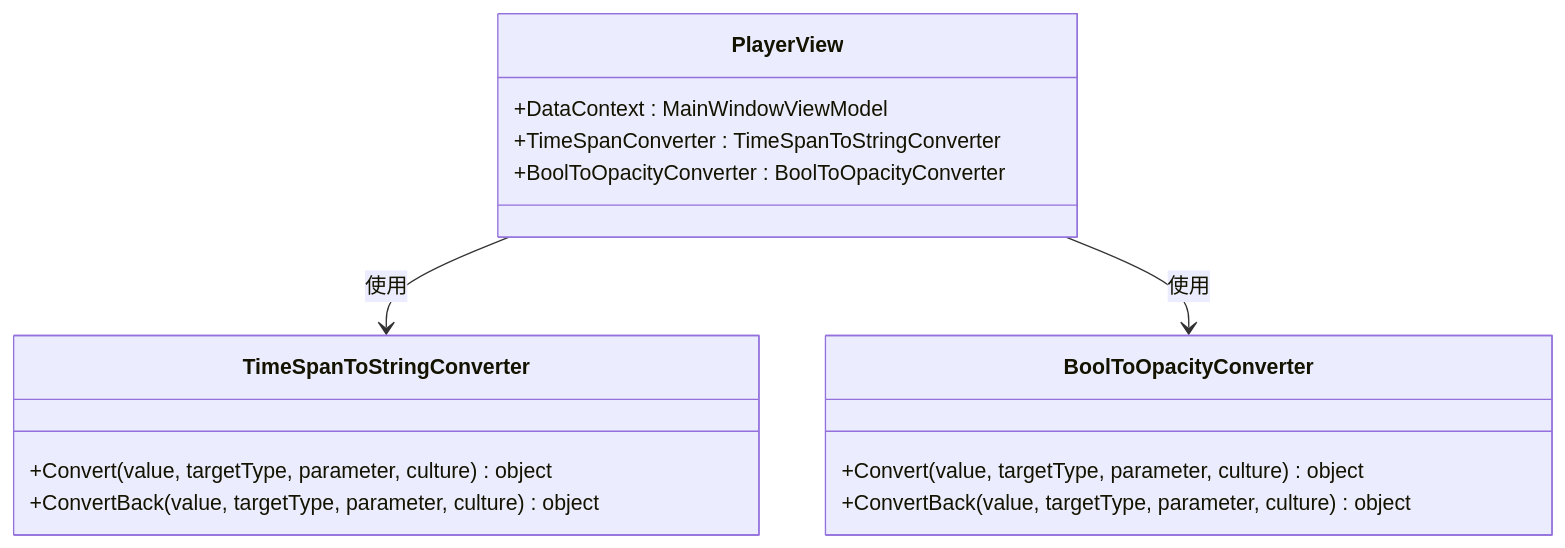
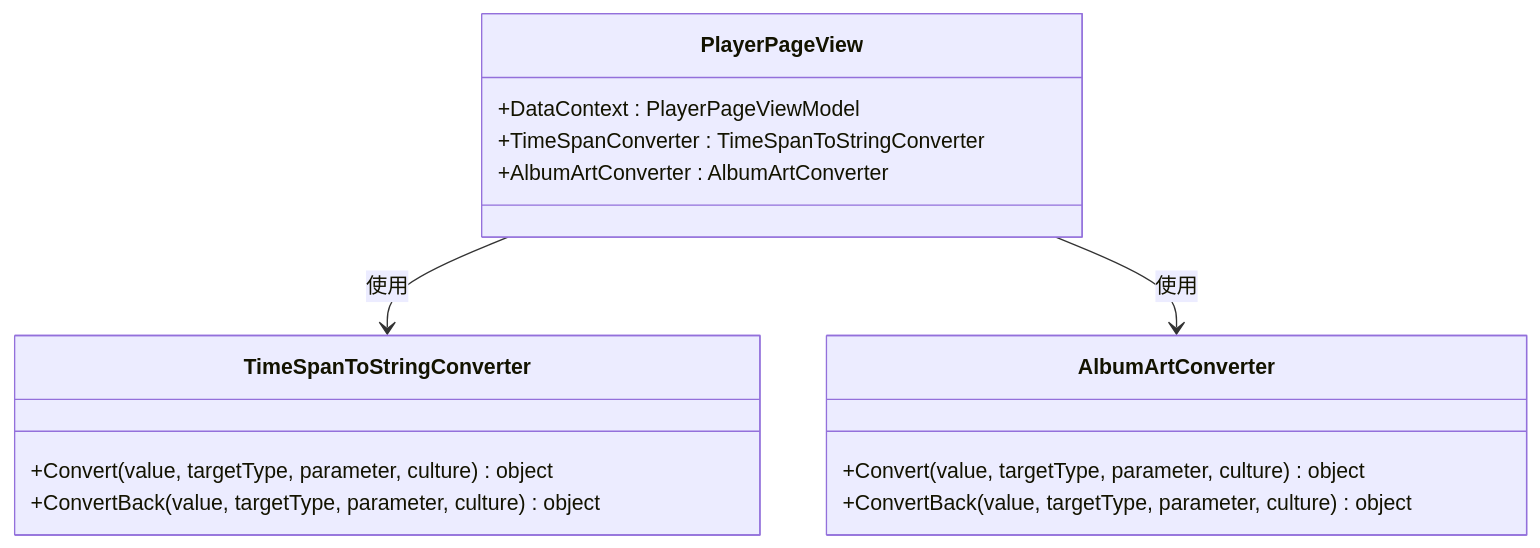
Before and after one commit to mariamjensen42-glitch/LocalMusicPlayer: the fifth of 10 diagrams in .qoder/repowiki/zh/content/用户界面层/播放器界面.md, drawn with Mermaid. The commit also changed other lines of this file and 23 other files, not shown here.

````diff
--- a/.qoder/repowiki/zh/content/用户界面层/播放器界面.md
+++ b/.qoder/repowiki/zh/content/用户界面层/播放器界面.md
@@ -212,18 +266,18 @@
 ```mermaid
 classDiagram
 class TimeSpanToStringConverter {
 +Convert(value, targetType, parameter, culture) object
 +ConvertBack(value, targetType, parameter, culture) object
 }
-class BoolToOpacityConverter {
+class AlbumArtConverter {
 +Convert(value, targetType, parameter, culture) object
 +ConvertBack(value, targetType, parameter, culture) object
 }
-class PlayerView {
-+DataContext : MainWindowViewModel
+class PlayerPageView {
++DataContext : PlayerPageViewModel
 +TimeSpanConverter : TimeSpanToStringConverter
-+BoolToOpacityConverter : BoolToOpacityConverter
++AlbumArtConverter : AlbumArtConverter
 }
-PlayerView --> TimeSpanToStringConverter : 使用
-PlayerView --> BoolToOpacityConverter : 使用
+PlayerPageView --> TimeSpanToStringConverter : 使用
+PlayerPageView --> AlbumArtConverter : 使用
 ```
````
